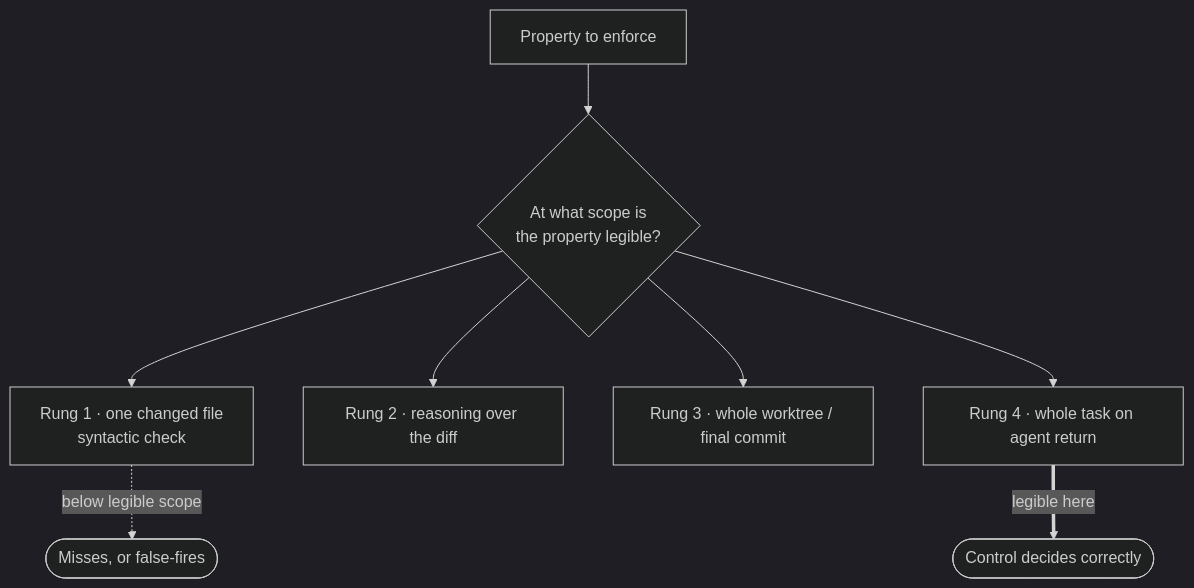
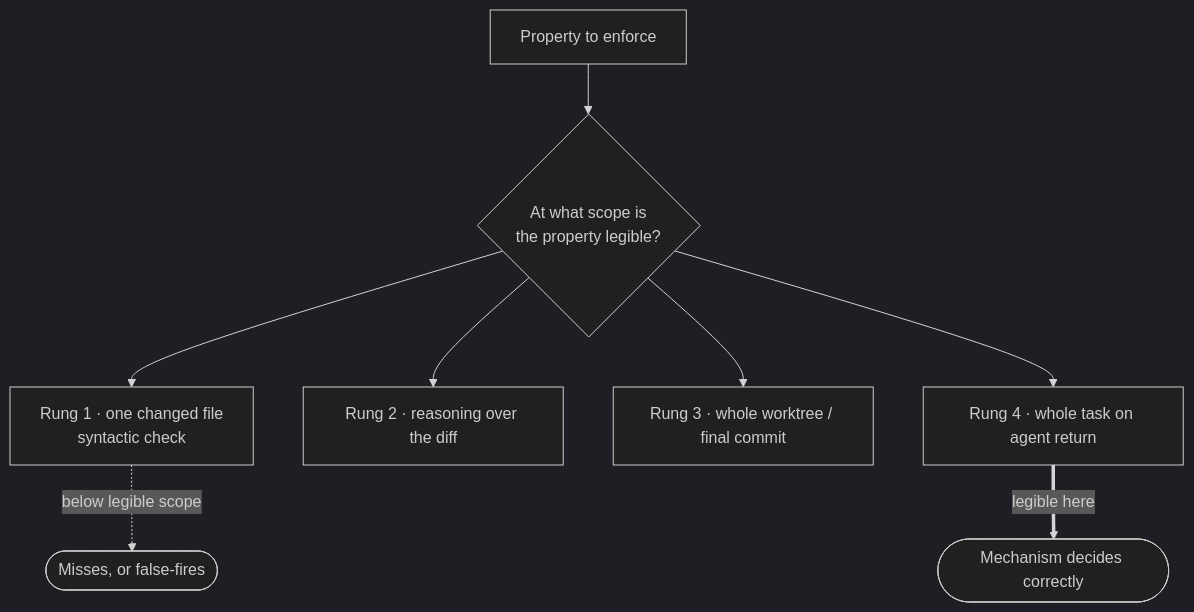
Before and after one commit to davisjam/agent-governance-mechanisms: the diagram in book/appendix-fills/agent/semantic-level-enforcement.md, drawn with Mermaid (dark theme). The commit also changed other lines of this file and 253 other files, not shown here.

````diff
--- a/book/appendix-fills/agent/semantic-level-enforcement.md
+++ b/book/appendix-fills/agent/semantic-level-enforcement.md
@@ -42,10 +42,10 @@
 ```mermaid
 flowchart TB
   Prop[Property to enforce] --> Q{At what scope is<br/>the property legible?}
   Q --> L1[Rung 1 · one changed file<br/>syntactic check]
   Q --> L2[Rung 2 · reasoning over the diff]
   Q --> L3[Rung 3 · whole worktree / final commit]
   Q --> L4[Rung 4 · whole task on agent return]
   L1 -. below legible scope .-> Miss([Misses, or false-fires])
-  L4 ==>|legible here| Fire([Control decides correctly])
+  L4 ==>|legible here| Fire([Mechanism decides correctly])
 ```
````
